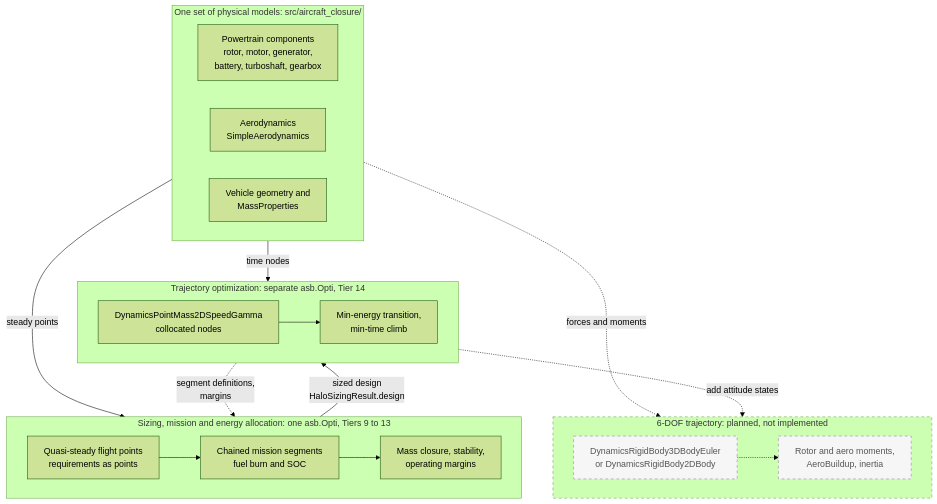
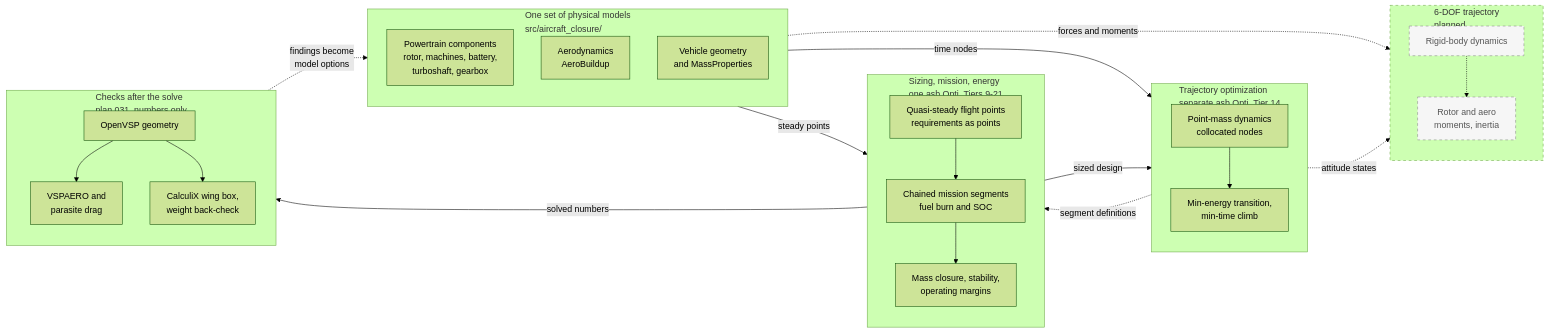
The third of 4 diagrams in docs/ARCHITECTURE_DIAGRAMS.md (rootAmos/size_halo), drawn with Mermaid (forest theme) before and after one commit. The commit also changed other lines of this file and 10 other files, not shown here.

First line of the commit message:
feat: plan 035 - AFDD spar-cap depth and minimum gauge, pylon inertia build-up, layout turbogenerator station; wider Mermaid diagrams

````diff
--- a/docs/ARCHITECTURE_DIAGRAMS.md
+++ b/docs/ARCHITECTURE_DIAGRAMS.md
@@ -155,41 +174,52 @@
 ```mermaid
-flowchart TB
-    subgraph MODELS["One set of physical models: src/aircraft_closure/"]
-        direction LR
-        pt["Powertrain components<br/>rotor, motor, generator,<br/>battery, turboshaft, gearbox"]
-        aero["Aerodynamics<br/>SimpleAerodynamics"]
-        veh["Vehicle geometry and<br/>MassProperties"]
+flowchart LR
+    subgraph MODELS["One set of physical models<br/>src/aircraft_closure/"]
+        direction TB
+        pt["Powertrain components<br/>rotor, machines, battery,<br/>turboshaft, gearbox"]
+        aero["Aerodynamics<br/>AeroBuildup"]
+        veh["Vehicle geometry<br/>and MassProperties"]
     end
 
-    subgraph SIZE["Sizing, mission and energy allocation: one asb.Opti, Tiers 9 to 13"]
-        direction LR
+    subgraph SIZE["Sizing, mission, energy<br/>one asb.Opti, Tiers 9-21"]
+        direction TB
         fp["Quasi-steady flight points<br/>requirements as points"]
         seg["Chained mission segments<br/>fuel burn and SOC"]
         clos["Mass closure, stability,<br/>operating margins"]
         fp --> seg --> clos
     end
 
-    subgraph TRAJ["Trajectory optimization: separate asb.Opti, Tier 14"]
-        direction LR
-        pm["DynamicsPointMass2DSpeedGamma<br/>collocated nodes"]
+    subgraph TRAJ["Trajectory optimization<br/>separate asb.Opti, Tier 14"]
+        direction TB
+        pm["Point-mass dynamics<br/>collocated nodes"]
         tro["Min-energy transition,<br/>min-time climb"]
         pm --> tro
     end
 
-    subgraph SIXDOF["6-DOF trajectory: planned, not implemented"]
-        direction LR
-        rb["DynamicsRigidBody3DBodyEuler<br/>or DynamicsRigidBody2DBody"]:::planned
-        mom["Rotor and aero moments,<br/>AeroBuildup, inertia"]:::planned
+    subgraph AFTER["Checks after the solve<br/>plan 031, numbers only"]
+        direction TB
+        vsp["OpenVSP geometry"]
+        vspaero["VSPAERO and<br/>parasite drag"]
+        ccx["CalculiX wing box,<br/>weight back-check"]
+        vsp --> vspaero
+        vsp --> ccx
+    end
+
+    subgraph SIXDOF["6-DOF trajectory<br/>planned"]
+        direction TB
+        rb["Rigid-body dynamics"]:::planned
+        mom["Rotor and aero<br/>moments, inertia"]:::planned
         rb -.-> mom
     end
 
     MODELS -- "steady points" --> SIZE
     MODELS -- "time nodes" --> TRAJ
     MODELS -. "forces and moments" .-> SIXDOF
-    SIZE -- "sized design<br/>HaloSizingResult.design" --> TRAJ
-    TRAJ -. "segment definitions,<br/>margins" .-> SIZE
-    TRAJ -. "add attitude states" .-> SIXDOF
+    SIZE -- "sized design" --> TRAJ
+    SIZE -- "solved numbers" --> AFTER
+    AFTER -. "findings become<br/>model options" .-> MODELS
+    TRAJ -. "segment definitions" .-> SIZE
+    TRAJ -. "attitude states" .-> SIXDOF
 
     classDef planned fill:#f6f6f6,stroke:#888888,stroke-dasharray:5 5,color:#555555
     style SIXDOF stroke-dasharray:5 5
 ```
````
